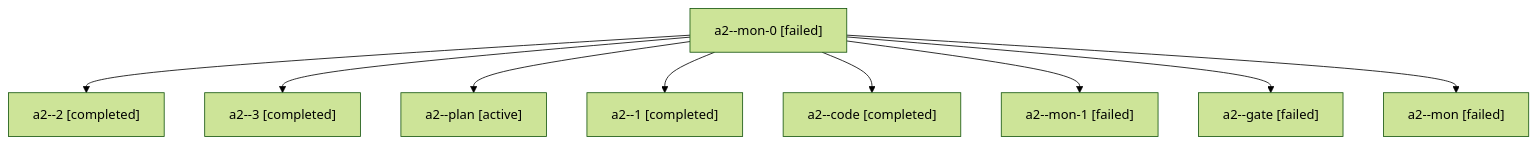
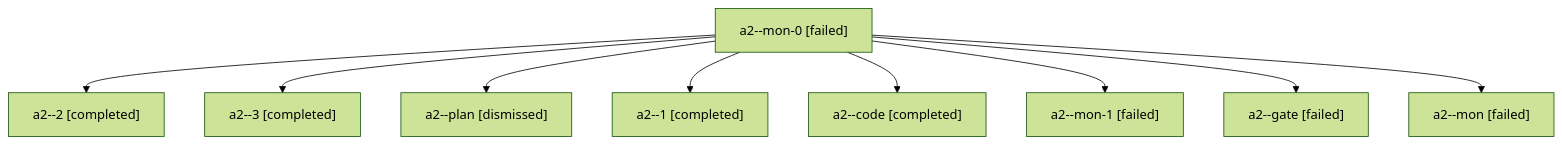
Before and after one commit to bobs-org/bob-cli--agents: the diagram in sessions/bbugyi200.apollo.a2.md, drawn with Mermaid (forest theme). The commit also changed other lines of this file and 35 other files, not shown here.

````diff
--- a/sessions/bbugyi200.apollo.a2.md
+++ b/sessions/bbugyi200.apollo.a2.md
@@ -9,20 +9,20 @@
 ```mermaid
 flowchart TD
   n0["a2--mon-0 [failed]"]
   n1["a2--2 [completed]"]
   n0 --> n1
   n2["a2--3 [completed]"]
   n0 --> n2
-  n3["a2--plan [active]"]
+  n3["a2--plan [dismissed]"]
   n0 --> n3
   n4["a2--1 [completed]"]
   n0 --> n4
   n5["a2--code [completed]"]
   n0 --> n5
   n6["a2--mon-1 [failed]"]
   n0 --> n6
   n7["a2--gate [failed]"]
   n0 --> n7
   n8["a2--mon [failed]"]
   n0 --> n8
 ```
````
